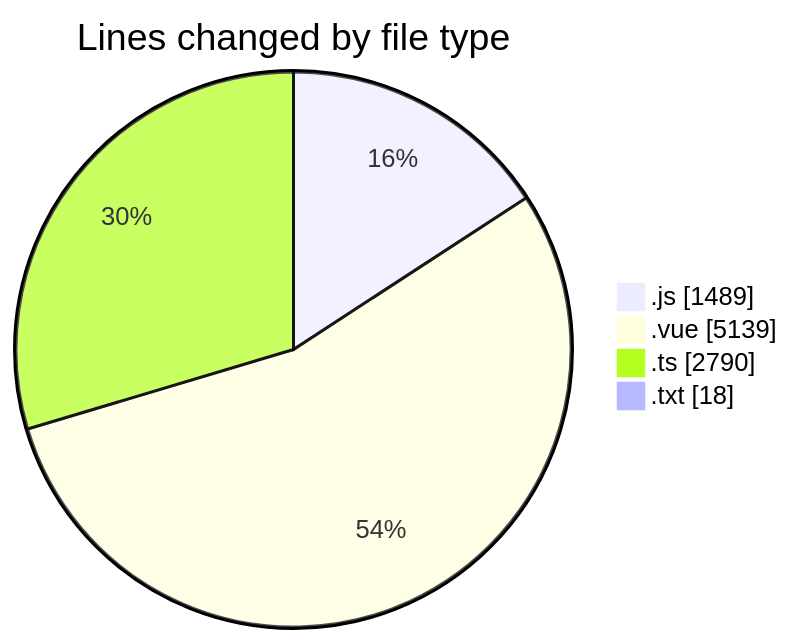
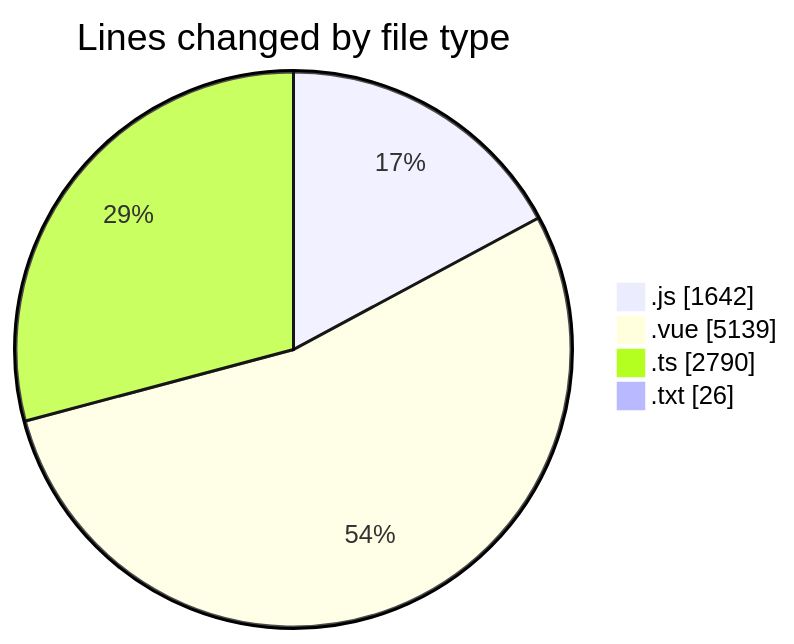
The first of 2 diagrams in 2025-08-17/rentotp/README.md (lephambinh05/code-tracking), drawn with Mermaid before and after one commit. The commit also changed other lines of this file and 1 other file, not shown here.

````diff
--- a/2025-08-17/rentotp/README.md
+++ b/2025-08-17/rentotp/README.md
@@ -45,8 +46,8 @@
 ```mermaid
 pie showData
 title Lines changed by file type
-".js" : 1489
+".js" : 1642
 ".vue" : 5139
 ".ts" : 2790
-".txt" : 18
+".txt" : 26
 ```
````
